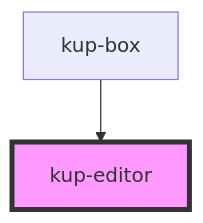
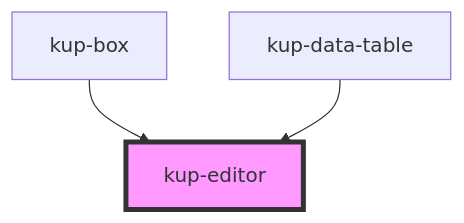
One commit to smeup/ketchup changed the diagram in packages/ketchup/src/components/kup-editor/readme.md. Above: the diagram before and after it, drawn with Mermaid. The commit also changed other lines of this file and 8 other files, not shown here.

````diff
--- a/packages/ketchup/src/components/kup-editor/readme.md
+++ b/packages/ketchup/src/components/kup-editor/readme.md
@@ -22,5 +23,6 @@
 ```mermaid
 graph TD;
   kup-box --> kup-editor
+  kup-data-table --> kup-editor
   style kup-editor fill:#f9f,stroke:#333,stroke-width:4px
 ```
````
